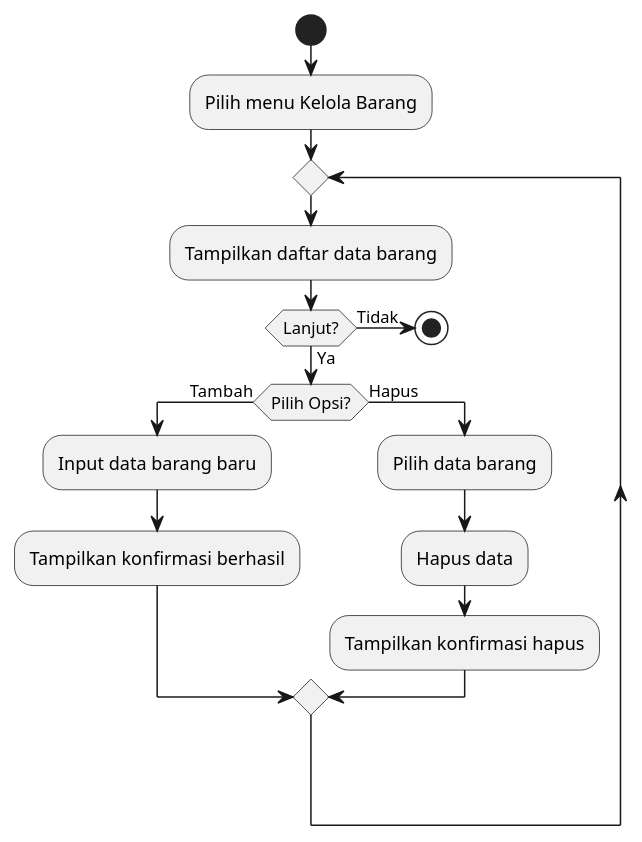
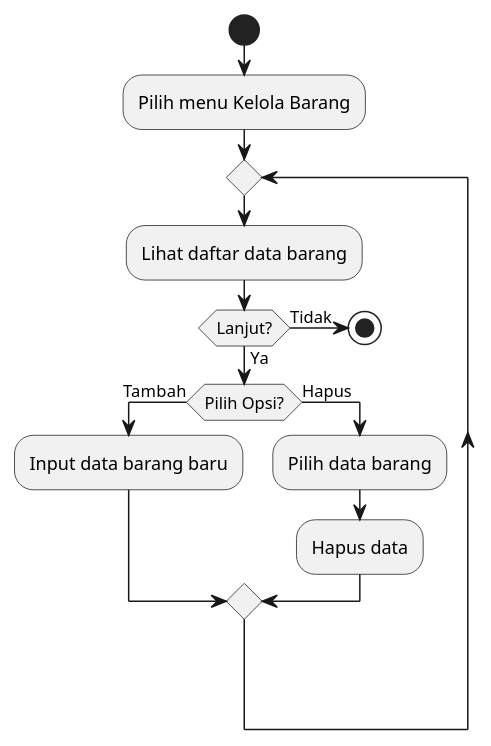
Before and after one commit to Fannandya/diagramPABD: the diagram in flowKelolaBarang.puml, drawn with PlantUML. The commit also changed 1 other file, not shown here.

Commit message:
menambahkan flow maintenance dan perubahan pada flow kelola barang

```diff
--- a/flowKelolaBarang.puml
+++ b/flowKelolaBarang.puml
@@ -1,18 +1,16 @@
 @startuml flowKelolaBarang
 start
 :Pilih menu Kelola Barang;
 repeat
-:Tampilkan daftar data barang;
+:Lihat daftar data barang;
 if (Lanjut?) then (Ya)
   if (Pilih Opsi?) then (Tambah)
     :Input data barang baru;
-    :Tampilkan konfirmasi berhasil;
   else (Hapus)
     :Pilih data barang;
     :Hapus data;
-    :Tampilkan konfirmasi hapus;
   endif
 else (Tidak)
   stop
 endif
 @enduml
```
